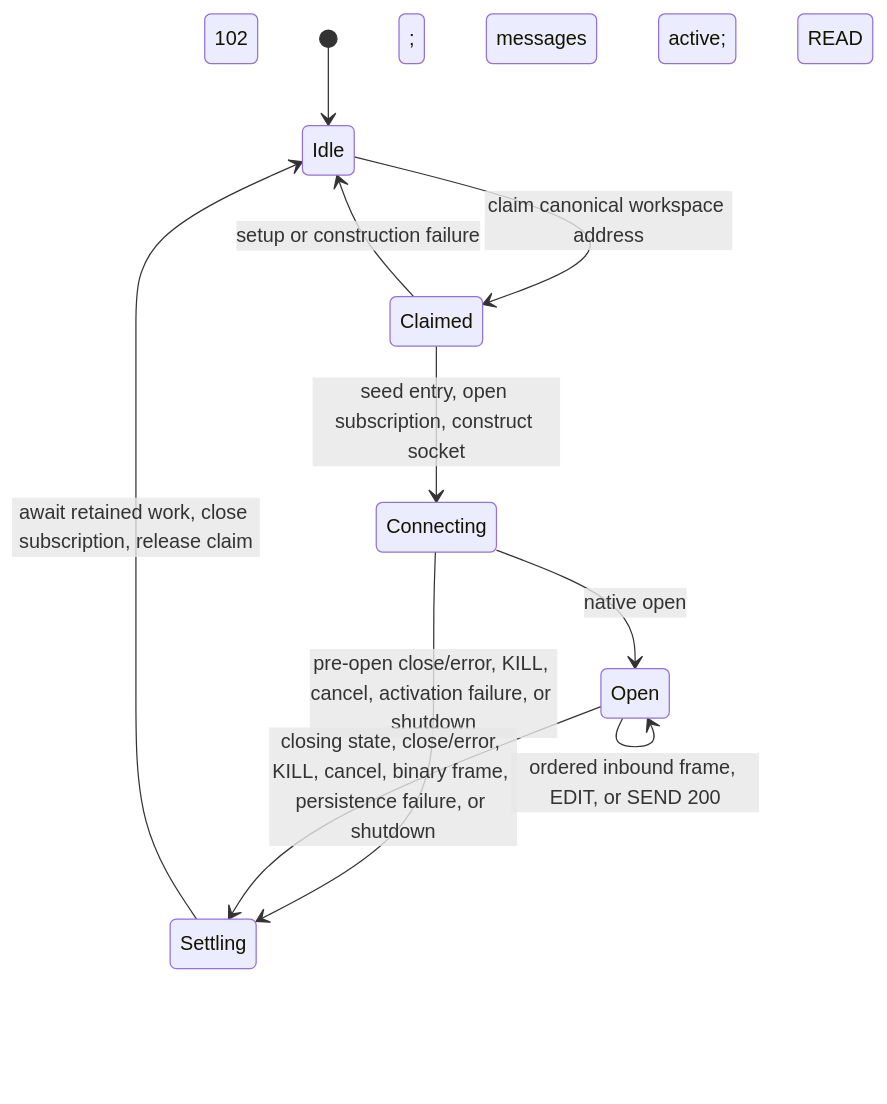
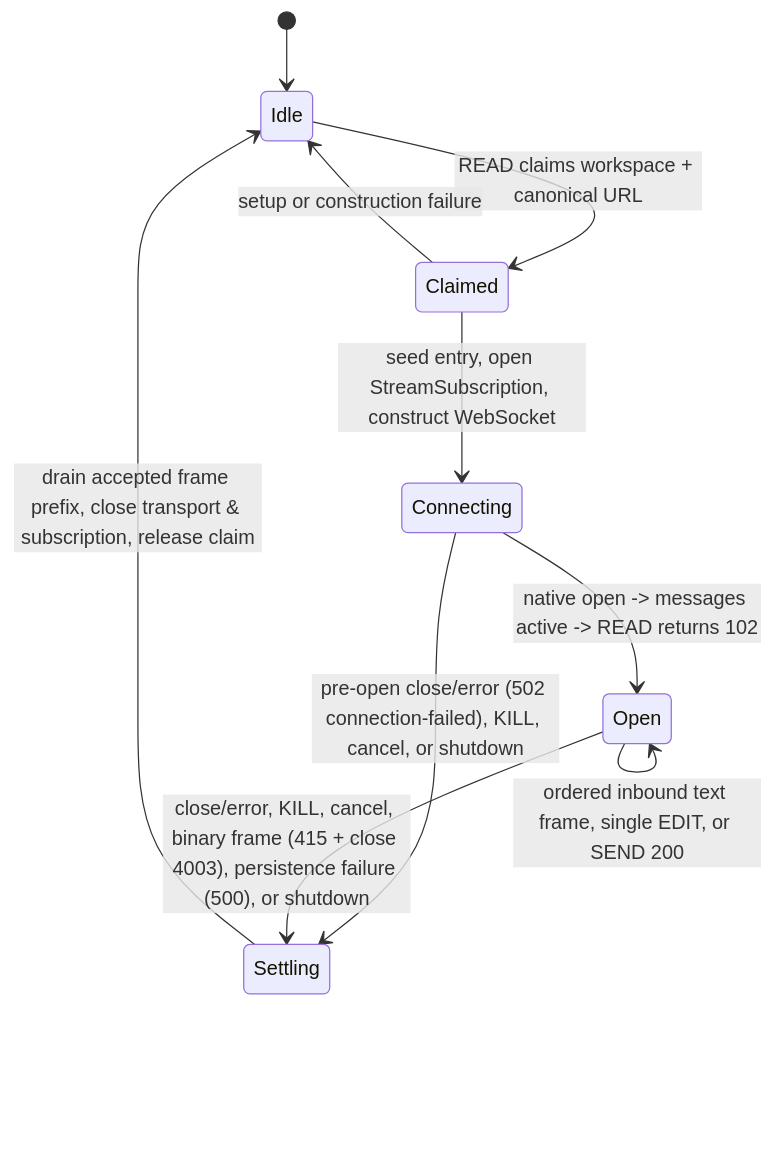
One commit to plurnk/plurnk-service changed the second of 2 diagrams in plurnk-schemes-http/SPEC.md. Above: the diagram before and after it, drawn with Mermaid. The commit also changed other lines of this file and 111 other files, not shown here.

````diff
--- a/plurnk-schemes-http/SPEC.md
+++ b/plurnk-schemes-http/SPEC.md
@@ -577,12 +136,12 @@
 ```mermaid
 stateDiagram-v2
     [*] --> Idle
-    Idle --> Claimed: claim canonical workspace address
-    Claimed --> Connecting: seed entry, open subscription, construct socket
+    Idle --> Claimed: READ claims workspace + canonical URL
+    Claimed --> Connecting: seed entry, open StreamSubscription, construct WebSocket
     Claimed --> Idle: setup or construction failure
-    Connecting --> Open: native open; messages active; READ 102
-    Connecting --> Settling: pre-open close/error, KILL, cancel, activation failure, or shutdown
-    Open --> Open: ordered inbound frame, EDIT, or SEND 200
-    Open --> Settling: closing state, close/error, KILL, cancel, binary frame, persistence failure, or shutdown
-    Settling --> Idle: await retained work, close subscription, release claim
+    Connecting --> Open: native open -> messages active -> READ returns 102
+    Connecting --> Settling: pre-open close/error (502 connection-failed), KILL, cancel, or shutdown
+    Open --> Open: ordered inbound text frame, single EDIT, or SEND 200
+    Open --> Settling: close/error, KILL, cancel, binary frame (415 + close 4003), persistence failure (500), or shutdown
+    Settling --> Idle: drain accepted frame prefix, close transport & subscription, release claim
 ```
````
